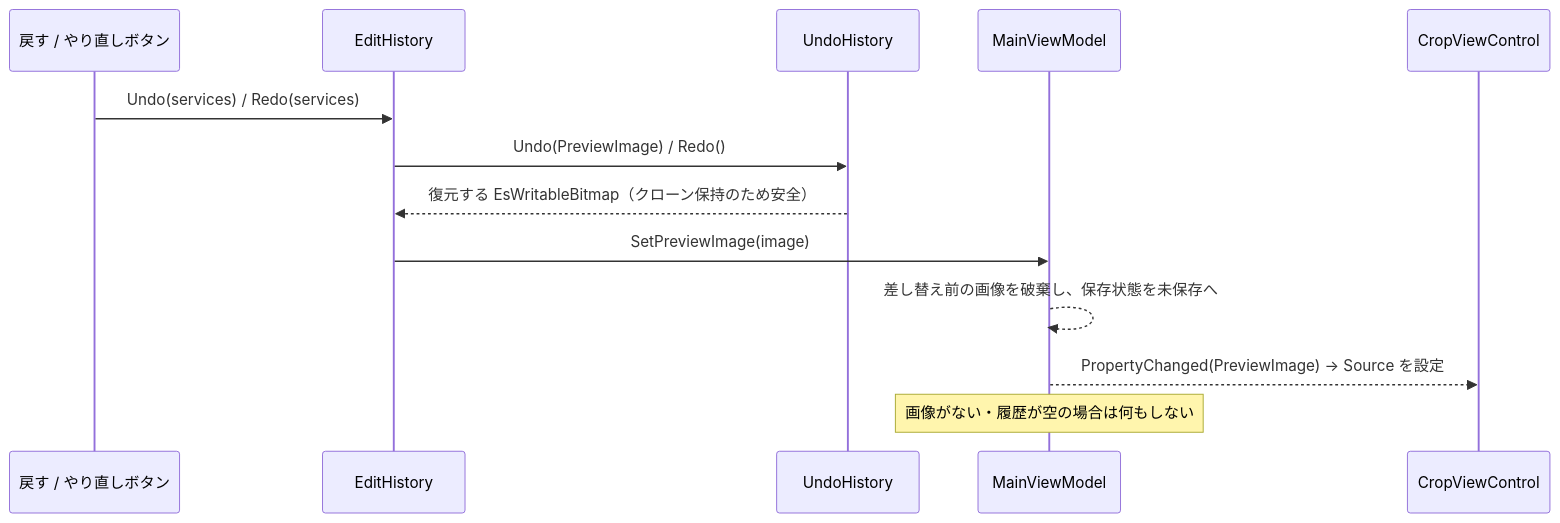
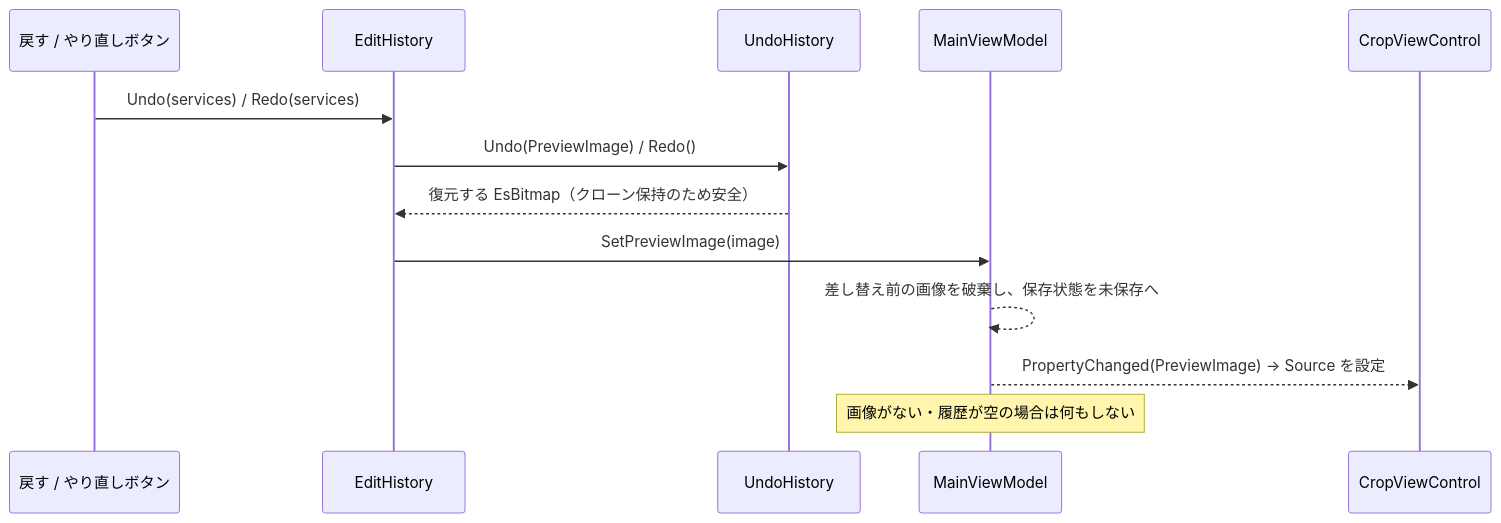
The seventh of 12 diagrams in src/App.MewUI/docs/SPEC_System.md (tomokuni/SaveEvidence), drawn with Mermaid before and after one commit. The commit also changed other lines of this file and 41 other files, not shown here.

````diff
--- a/src/App.MewUI/docs/SPEC_System.md
+++ b/src/App.MewUI/docs/SPEC_System.md
@@ -473,16 +473,16 @@
 ```mermaid
 sequenceDiagram
     participant BTN as 戻す / やり直しボタン
     participant EH as EditHistory
     participant US as UndoHistory
     participant VM as MainViewModel
     participant CV as CropViewControl
 
     BTN->>EH: Undo(services) / Redo(services)
     EH->>US: Undo(PreviewImage) / Redo()
-    US-->>EH: 復元する EsWritableBitmap（クローン保持のため安全）
+    US-->>EH: 復元する EsBitmap（クローン保持のため安全）
     EH->>VM: SetPreviewImage(image)
     VM-->>VM: 差し替え前の画像を破棄し、保存状態を未保存へ
     VM-->>CV: PropertyChanged(PreviewImage) → Source を設定
     Note over VM: 画像がない・履歴が空の場合は何もしない
 ```
````
